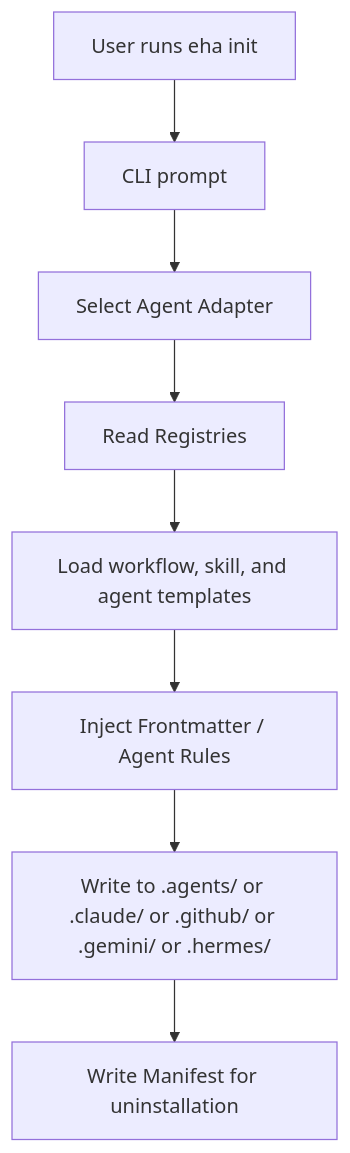
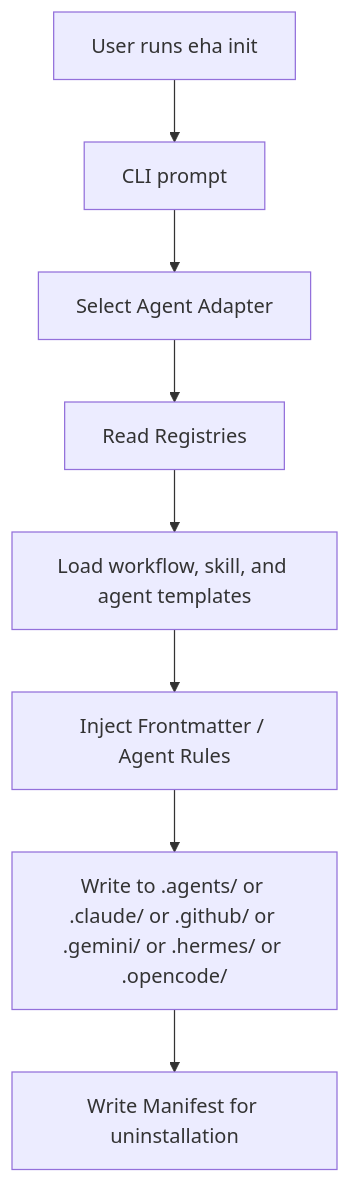
The first of 2 diagrams in docs/project-docs/foundation/architecture.md (SallMarta/eye-hate-agent), drawn with Mermaid before and after one commit. The commit also changed other lines of this file and 15 other files, not shown here.

````diff
--- a/docs/project-docs/foundation/architecture.md
+++ b/docs/project-docs/foundation/architecture.md
@@ -56,10 +56,10 @@
 ```mermaid
 graph TD
     A[User runs eha init] --> B[CLI prompt]
     B --> C[Select Agent Adapter]
     C --> D[Read Registries]
     D --> E[Load workflow, skill, and agent templates]
     E --> F[Inject Frontmatter / Agent Rules]
-    F --> G[Write to .agents/ or .claude/ or .github/ or .gemini/ or .hermes/]
+    F --> G[Write to .agents/ or .claude/ or .github/ or .gemini/ or .hermes/ or .opencode/]
     G --> H[Write Manifest for uninstallation]
 ```
````
